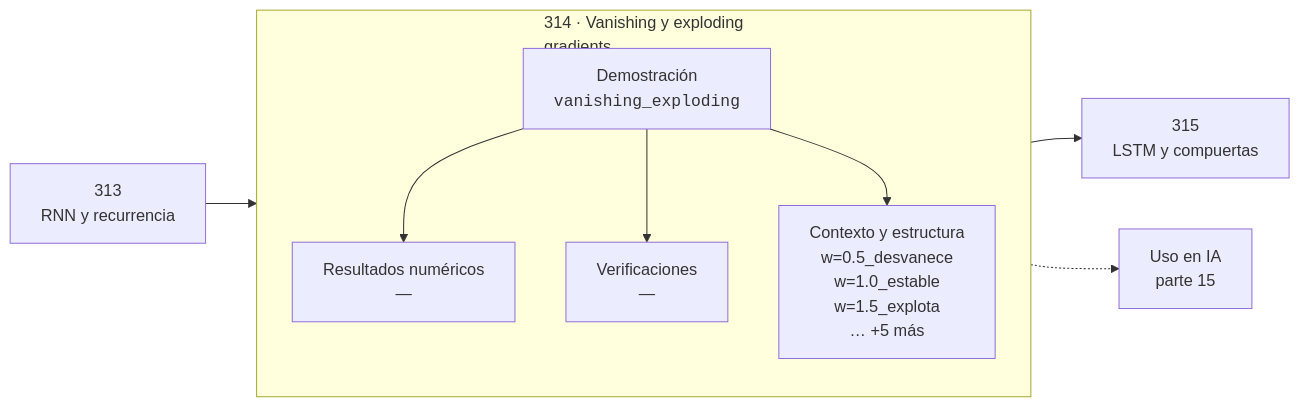
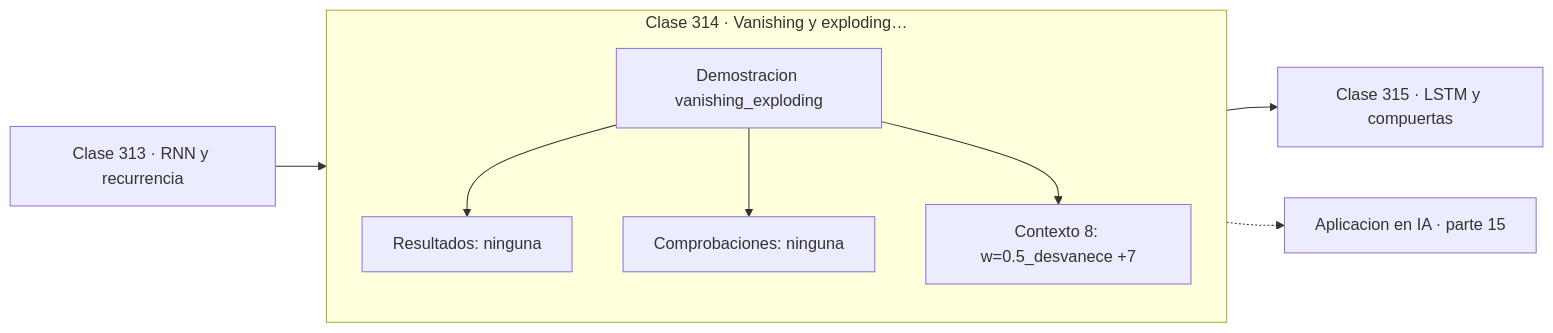
The diagram in classes/part-15-matematica-de-deep-learning/314-vanishing-y-exploding-gradients/README.md (vladimiracunadev-create/computational-mathematics-program), drawn with Mermaid before and after one commit. The commit also changed 389 other files, not shown here.

First line of the commit message:
fix(diagramas): elimina el HTML de las etiquetas Mermaid

````diff
--- a/classes/part-15-matematica-de-deep-learning/314-vanishing-y-exploding-gradients/README.md
+++ b/classes/part-15-matematica-de-deep-learning/314-vanishing-y-exploding-gradients/README.md
@@ -30,12 +30,13 @@
 ```mermaid
 flowchart LR
-    P["313<br/>RNN y recurrencia"] --> C
-    subgraph C["314 · Vanishing y exploding<br/>gradients"]
+    P["Clase 313 · RNN y recurrencia"] --> D
+    subgraph CLASE["Clase 314 · Vanishing y exploding…"]
         direction TB
-        D["Demostración<br/><code>vanishing_exploding</code>"] --> R["Resultados numéricos<br/>—"]
-        D --> V["Verificaciones<br/>—"]
-        D --> O["Contexto y estructura<br/>w=0.5_desvanece<br/>w=1.0_estable<br/>w=1.5_explota<br/>… +5 más"]
+        D["Demostracion vanishing_exploding"]
+        D --> R["Resultados: ninguna"]
+        D --> V["Comprobaciones: ninguna"]
+        D --> O["Contexto 8: w=0.5_desvanece +7"]
     end
-    C --> N["315<br/>LSTM y compuertas"]
-    C -.-> IA["Uso en IA<br/>parte 15"]
+    R --> N["Clase 315 · LSTM y compuertas"]
+    V -.-> IA["Aplicacion en IA · parte 15"]
 ```
````
